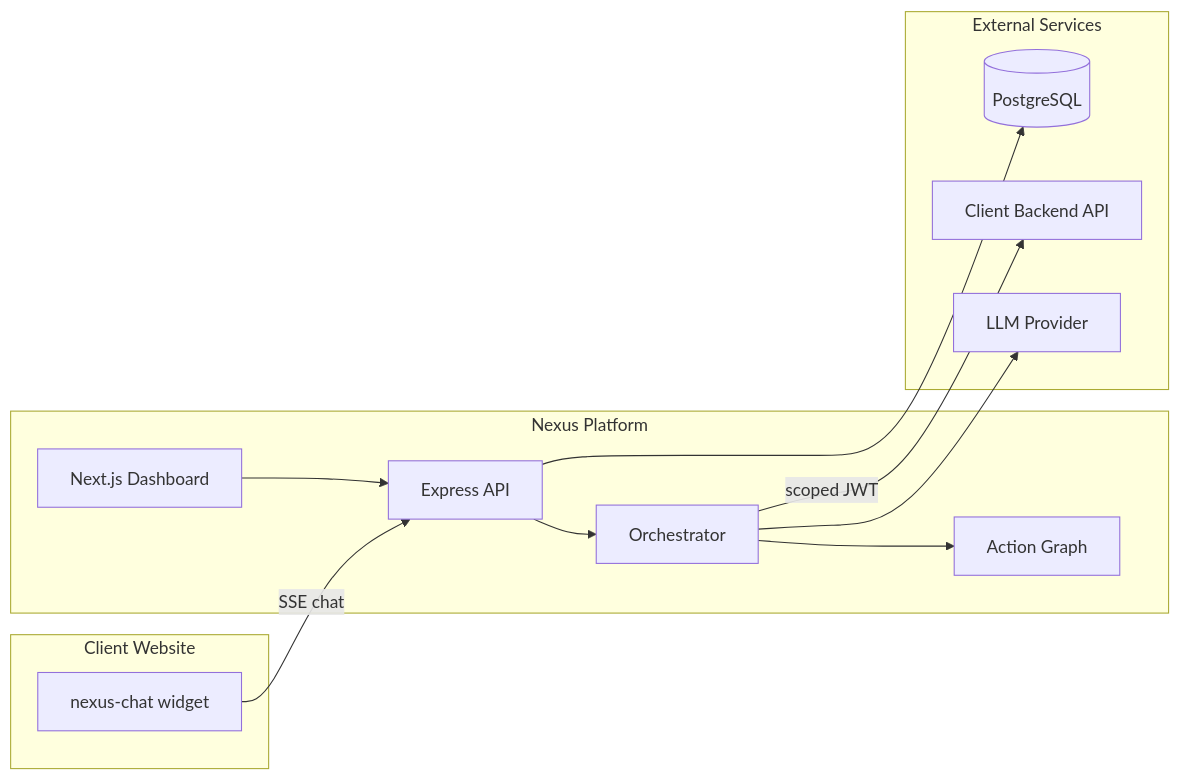
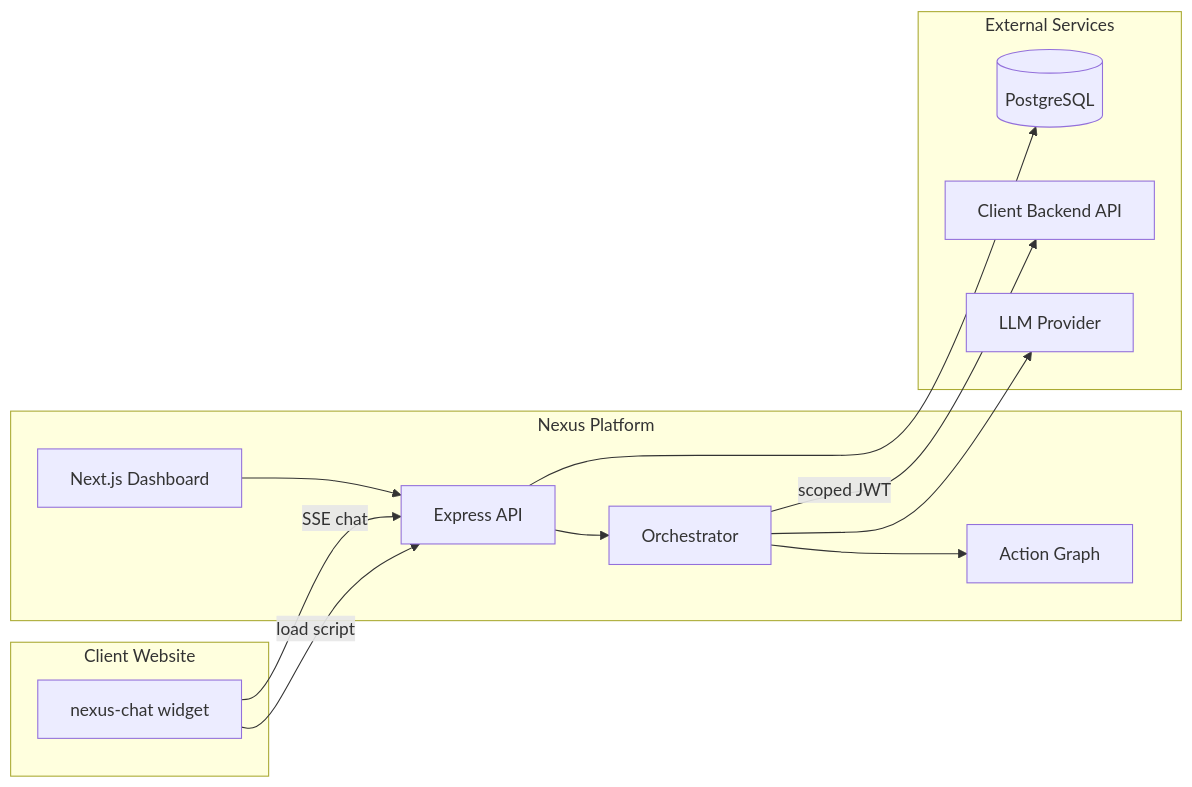
The diagram in README.md (ShahjahanAli/nexusproactive.com), drawn with Mermaid before and after one commit. The commit also changed other lines of this file and 3 other files, not shown here.

````diff
--- a/README.md
+++ b/README.md
@@ -47,27 +47,28 @@
 ```mermaid
 flowchart LR
   subgraph client_site [Client Website]
     W[nexus-chat widget]
   end
 
   subgraph nexus [Nexus Platform]
     API[Express API]
     DASH[Next.js Dashboard]
     ORCH[Orchestrator]
     AG[Action Graph]
   end
 
   subgraph external [External Services]
     LLM[LLM Provider]
     PG[(PostgreSQL)]
     BE[Client Backend API]
   end
 
+  W -->|load script| API
   W -->|SSE chat| API
   DASH --> API
   API --> ORCH
   ORCH --> AG
   ORCH --> LLM
   ORCH -->|scoped JWT| BE
   API --> PG
 ```
````
